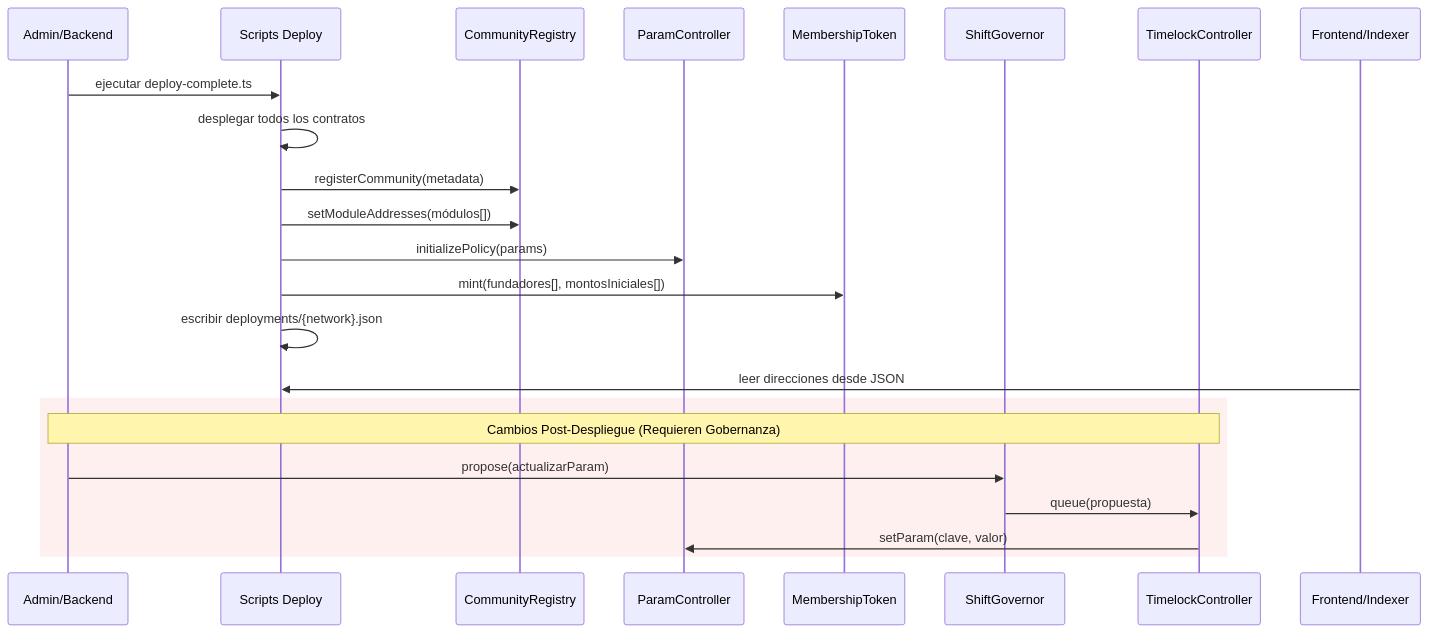
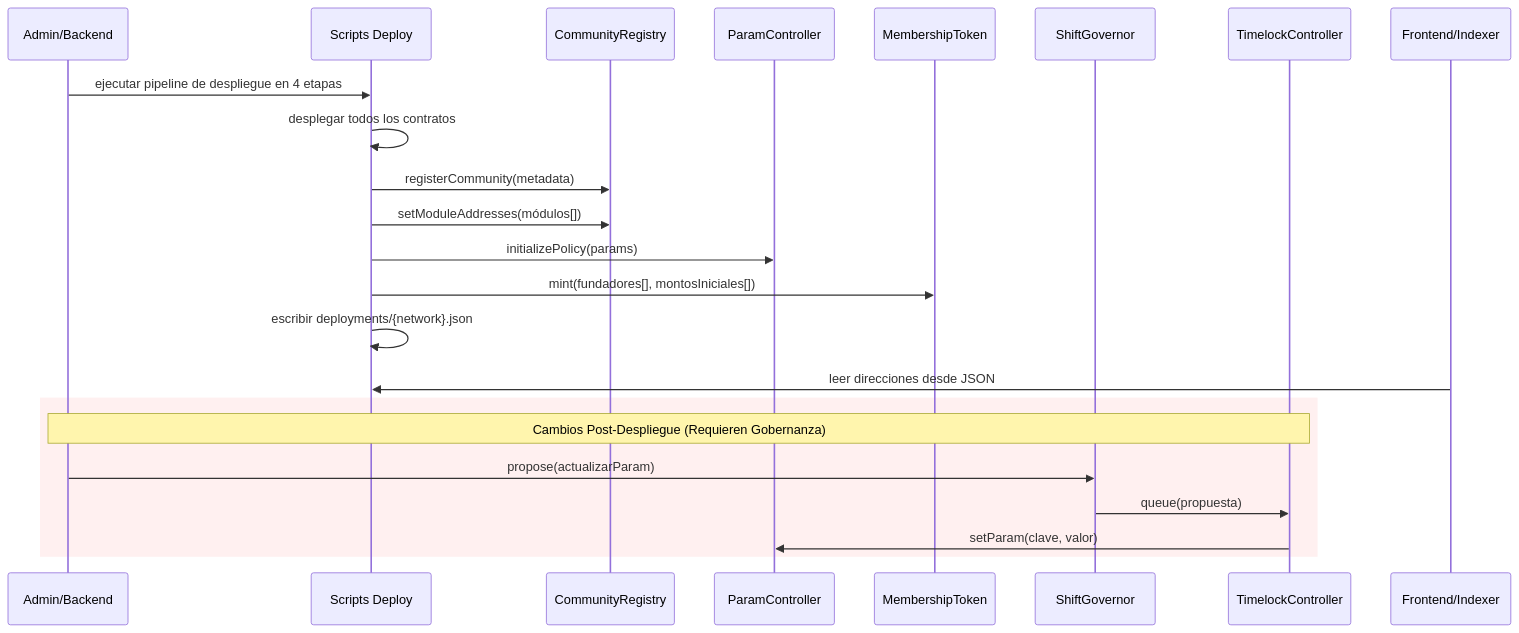
The ninth of 15 diagrams in docs/ES/Flows.md (Nevtep/shift-desoc), drawn with Mermaid before and after one commit. The commit also changed other lines of this file and 14 other files, not shown here.

````diff
--- a/docs/ES/Flows.md
+++ b/docs/ES/Flows.md
@@ -441,28 +441,28 @@
 ```mermaid
 sequenceDiagram
     participant A as Admin/Backend
     participant DS as Scripts Deploy
     participant CR as CommunityRegistry
     participant PC as ParamController
     participant MT as MembershipToken
     participant SG as ShiftGovernor
     participant TL as TimelockController
     participant FE as Frontend/Indexer
 
-    A->>DS: ejecutar deploy-complete.ts
+    A->>DS: ejecutar pipeline de despliegue en 4 etapas
     DS->>DS: desplegar todos los contratos
     DS->>CR: registerCommunity(metadata)
     DS->>CR: setModuleAddresses(módulos[])
     DS->>PC: initializePolicy(params)
     DS->>MT: mint(fundadores[], montosIniciales[])
     DS->>DS: escribir deployments/{network}.json
     
     FE->>DS: leer direcciones desde JSON
     
     rect rgb(255, 240, 240)
         Note over A,TL: Cambios Post-Despliegue (Requieren Gobernanza)
         A->>SG: propose(actualizarParam)
         SG->>TL: queue(propuesta)
         TL->>PC: setParam(clave, valor)
     end
 ```
````
